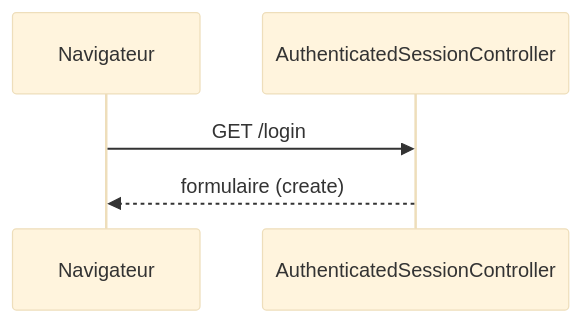
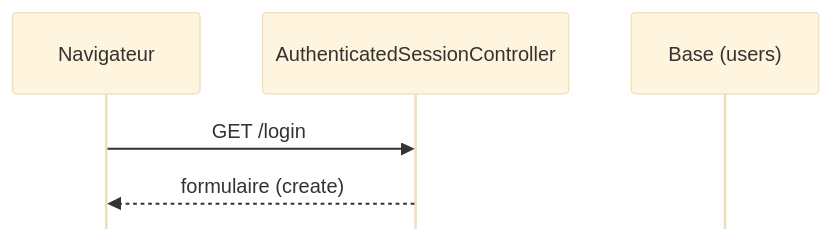
The first of 3 diagrams in courses/Framework/sections/06-authentification/02-connexion.md (Maus3rSR/K.School), drawn with Mermaid (base theme) before and after one commit. The commit also changed other lines of this file and 2 other files, not shown here.

````diff
--- a/courses/Framework/sections/06-authentification/02-connexion.md
+++ b/courses/Framework/sections/06-authentification/02-connexion.md
@@ -34,7 +30,9 @@
-```mermaid {scale: 0.75}
+```mermaid {scale: 0.7}
+%%{init: {'sequence': {'mirrorActors': false}}}%%
 sequenceDiagram
     participant N as Navigateur
     participant C as AuthenticatedSessionController
+    participant B as Base (users)
     N->>C: GET /login
     C-->>N: formulaire (create)
 ```
````
